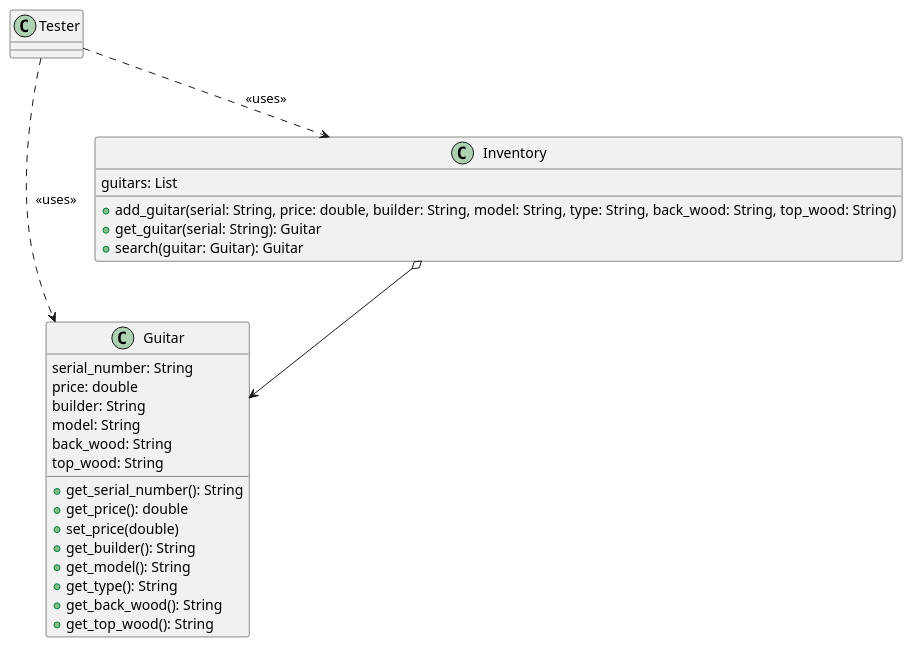
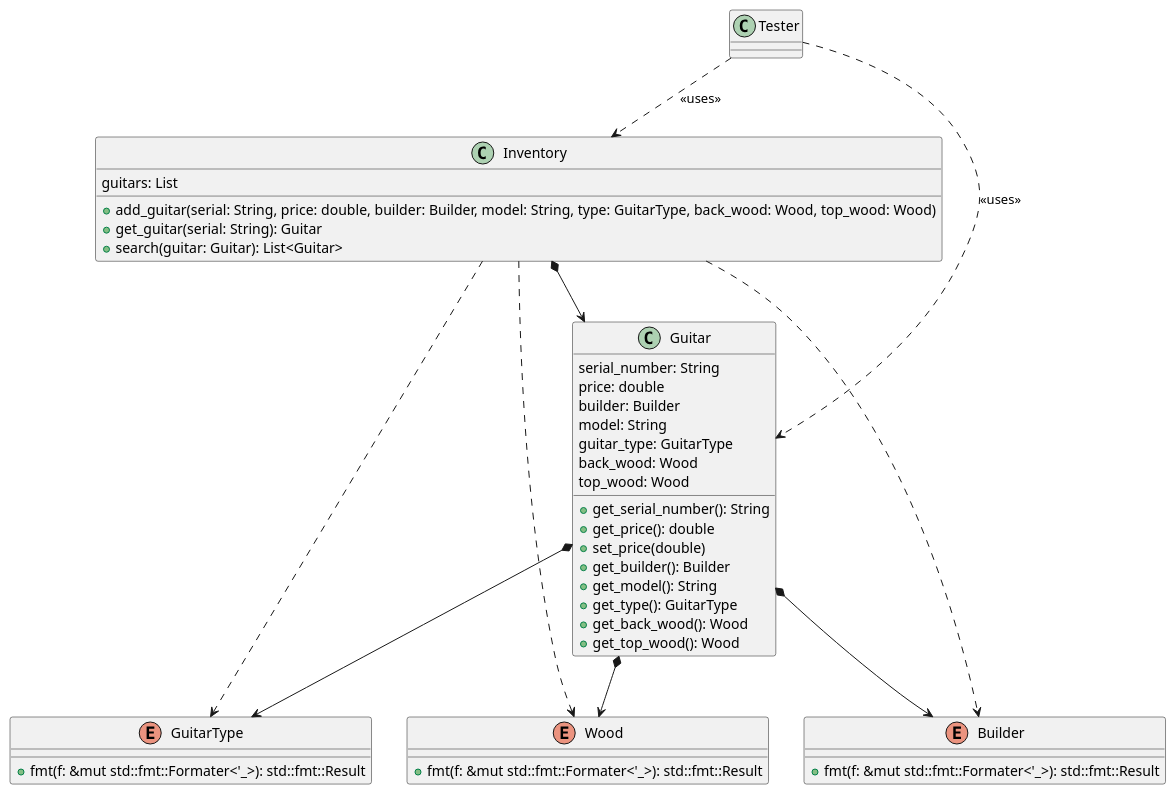
The diagram in design/design.pu (ysereckissy/soft-analysis-and-design-rust), drawn with PlantUML before and after one commit. The commit also changed 4 other files, not shown here.

```diff
--- a/design/design.pu
+++ b/design/design.pu
@@ -1,34 +1,50 @@
 @startuml
+enum GuitarType {
+    +fmt(f: &mut std::fmt::Formater<'_>): std::fmt::Result
+}
+enum Builder {
+    +fmt(f: &mut std::fmt::Formater<'_>): std::fmt::Result
+}
+enum Wood {
+    +fmt(f: &mut std::fmt::Formater<'_>): std::fmt::Result
+}
 class Guitar {
    serial_number: String 
    price: double
-   builder: String
+   builder: Builder
    model: String
-   back_wood: String
-   top_wood: String
+   guitar_type: GuitarType
+   back_wood: Wood
+   top_wood: Wood
 
    +get_serial_number(): String
    +get_price(): double
    +set_price(double)
-   +get_builder(): String
+   +get_builder(): Builder
    +get_model(): String
-   +get_type(): String
-   +get_back_wood(): String
-   +get_top_wood(): String
+   +get_type(): GuitarType
+   +get_back_wood(): Wood
+   +get_top_wood(): Wood
 }
 
 class Inventory {
     guitars: List
 
-    +add_guitar(serial: String, price: double, builder: String, model: String, type: String, back_wood: String, top_wood: String)
+    +add_guitar(serial: String, price: double, builder: Builder, model: String, type: GuitarType, back_wood: Wood, top_wood: Wood)
     +get_guitar(serial: String): Guitar
-    +search(guitar: Guitar): Guitar
+    +search(guitar: Guitar): List<Guitar>
 }
 
 class Tester
 
 
-Inventory o--> Guitar
+Inventory *--> Guitar
+Guitar *--> GuitarType
+Guitar *--> Builder
+Guitar *--> Wood
+Inventory ..> GuitarType
+Inventory ..> Builder
+Inventory ..> Wood
 Tester ..> Inventory : <<uses>>
 Tester ..> Guitar : <<uses>>
 @enduml
```
